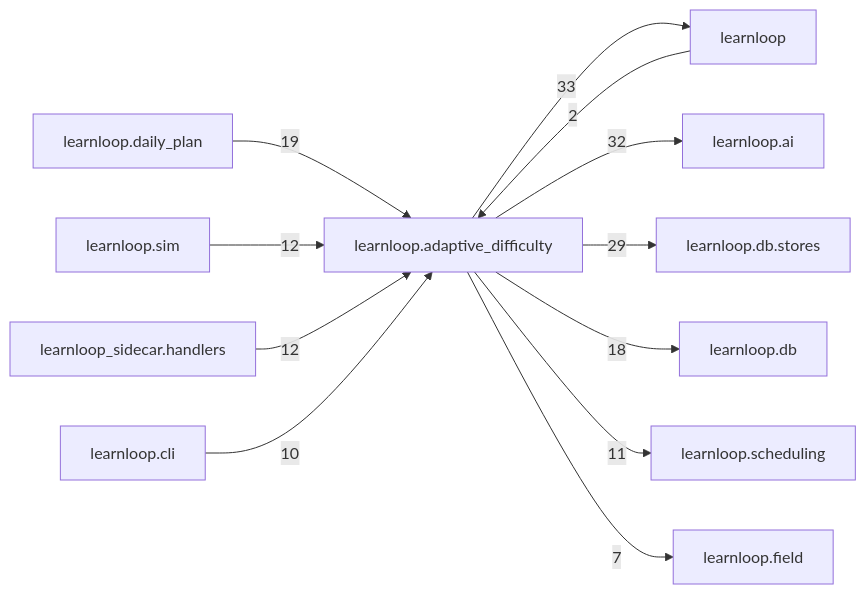
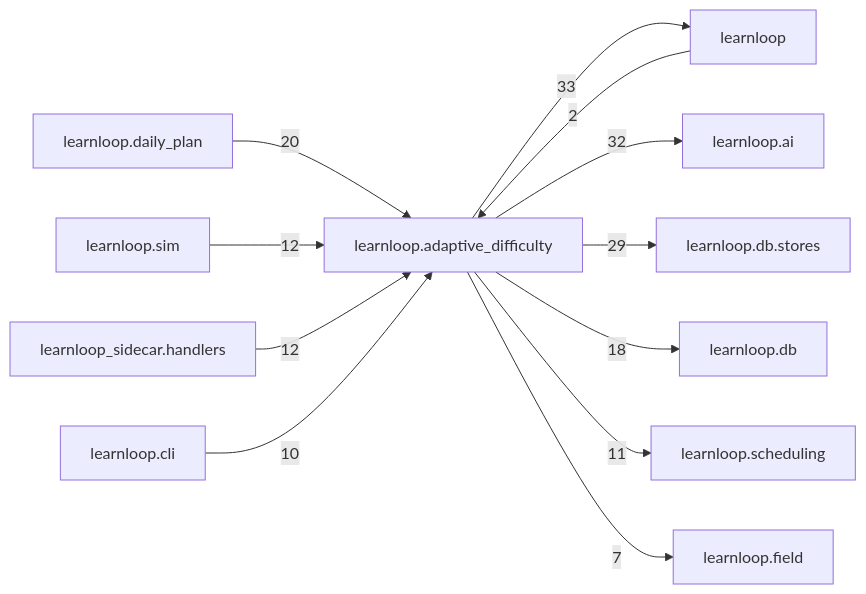
One commit to 6up-b/learnanything changed the diagram in docs/learnloop-architecture-vault/Reference/Modules/learnloop/adaptive_difficulty/_package.md. Above: the diagram before and after it, drawn with Mermaid. The commit also changed other lines of this file and 509 other files, not shown here.

Commit message:
Router objective follow-ups landing, references: the architecture reference regenerated on the merged tree (DB and configuration reference, 1178 effective leaves, head 247; desktop and module catalogs; vault validated)

````diff
--- a/docs/learnloop-architecture-vault/Reference/Modules/learnloop/adaptive_difficulty/_package.md
+++ b/docs/learnloop-architecture-vault/Reference/Modules/learnloop/adaptive_difficulty/_package.md
@@ -181,25 +181,25 @@
 ```mermaid
 flowchart LR
     center["learnloop.adaptive_difficulty"]
     n_learnloop["learnloop"]
     n_learnloop_ai["learnloop.ai"]
     n_learnloop_db_stores["learnloop.db.stores"]
     n_learnloop_daily_plan["learnloop.daily_plan"]
     n_learnloop_db["learnloop.db"]
     n_learnloop_sim["learnloop.sim"]
     n_learnloop_sidecar_handlers["learnloop_sidecar.handlers"]
     n_learnloop_scheduling["learnloop.scheduling"]
     n_learnloop_cli["learnloop.cli"]
     n_learnloop_field["learnloop.field"]
     n_learnloop -->|2| center
     center -->|33| n_learnloop
     center -->|32| n_learnloop_ai
     center -->|29| n_learnloop_db_stores
-    n_learnloop_daily_plan -->|19| center
+    n_learnloop_daily_plan -->|20| center
     center -->|18| n_learnloop_db
     n_learnloop_sim -->|12| center
     n_learnloop_sidecar_handlers -->|12| center
     center -->|11| n_learnloop_scheduling
     n_learnloop_cli -->|10| center
     center -->|7| n_learnloop_field
 ```
````
